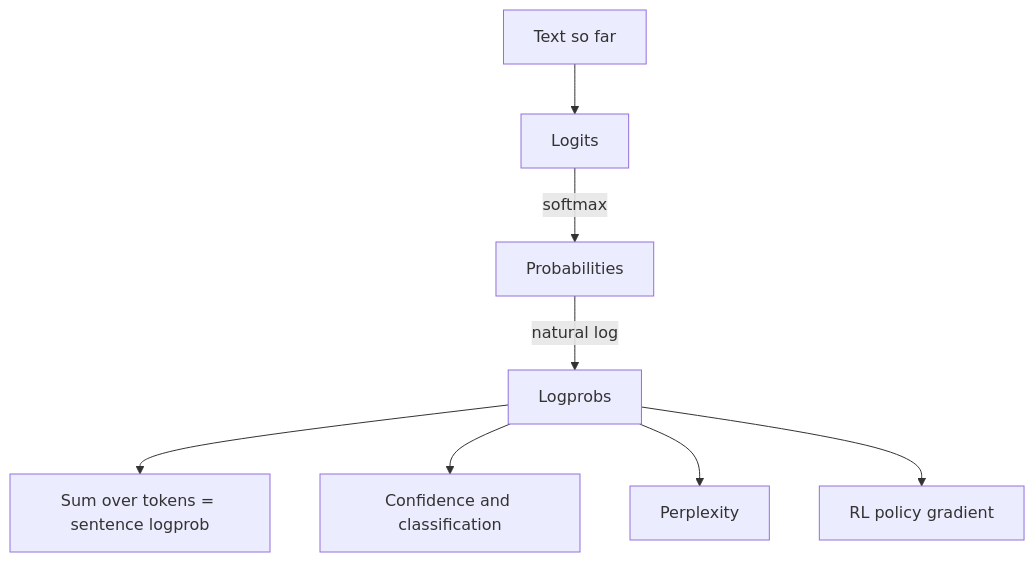
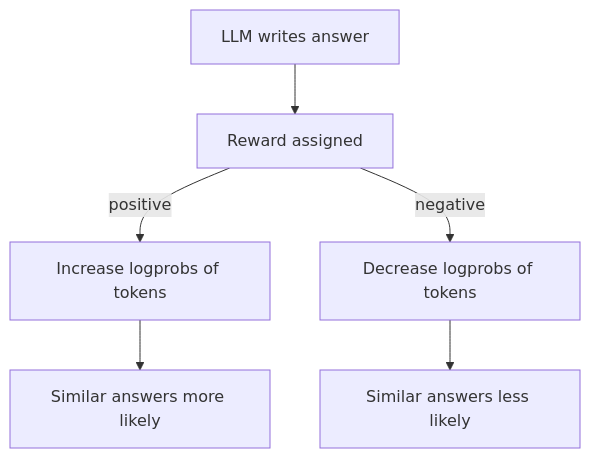
One commit to kaisarnajar/outcome-school-blogs changed the third of 3 diagrams in notes/step-04-how-llms-generate-text/065-logprobs-in-llms.md. Above: the diagram before and after it, drawn with Mermaid. The commit also changed other lines of this file and 233 other files, not shown here.

````diff
--- a/notes/step-04-how-llms-generate-text/065-logprobs-in-llms.md
+++ b/notes/step-04-how-llms-generate-text/065-logprobs-in-llms.md
@@ -40,10 +75,8 @@
 ```mermaid
 flowchart TD
-    A["Text so far"] --> B["Logits"]
-    B -->|"softmax"| C["Probabilities"]
-    C -->|"natural log"| D["Logprobs"]
-    D --> E["Sum over tokens = sentence logprob"]
-    D --> F["Confidence and classification"]
-    D --> G["Perplexity"]
-    D --> H["RL policy gradient"]
+    R1["LLM writes answer"] --> R2["Reward assigned"]
+    R2 -->|"positive"| R3["Increase logprobs of tokens"]
+    R2 -->|"negative"| R4["Decrease logprobs of tokens"]
+    R3 --> R5["Similar answers more likely"]
+    R4 --> R6["Similar answers less likely"]
 ```
````
